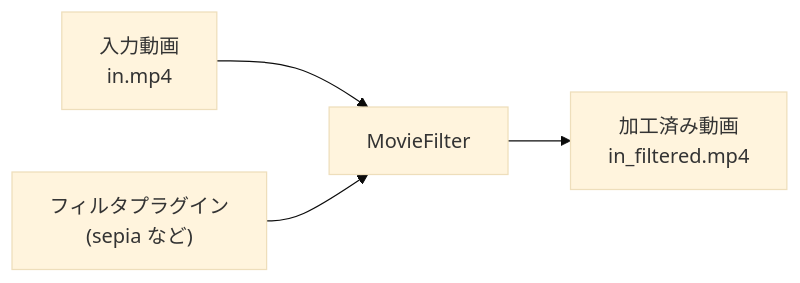
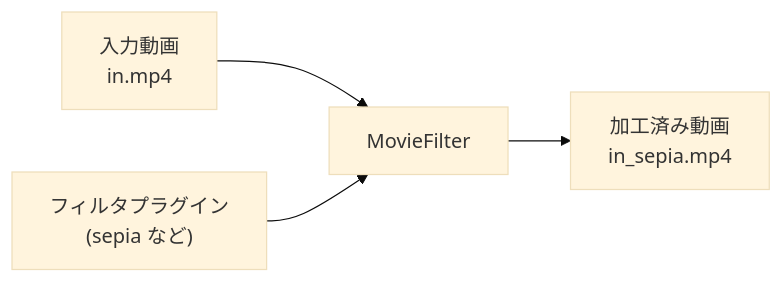
Before and after one commit to himayah/MovieFilter: the first of 2 diagrams in docs/user_manual.md, drawn with Mermaid (base theme). The commit also changed other lines of this file and 32 other files, not shown here.

````diff
--- a/docs/user_manual.md
+++ b/docs/user_manual.md
@@ -14,6 +15,6 @@
 ```mermaid
 flowchart LR
     A["入力動画<br/>in.mp4"] --> B["MovieFilter"]
     P["フィルタプラグイン<br/>(sepia など)"] --> B
-    B --> C["加工済み動画<br/>in_filtered.mp4"]
+    B --> C["加工済み動画<br/>in_sepia.mp4"]
 ```
````
